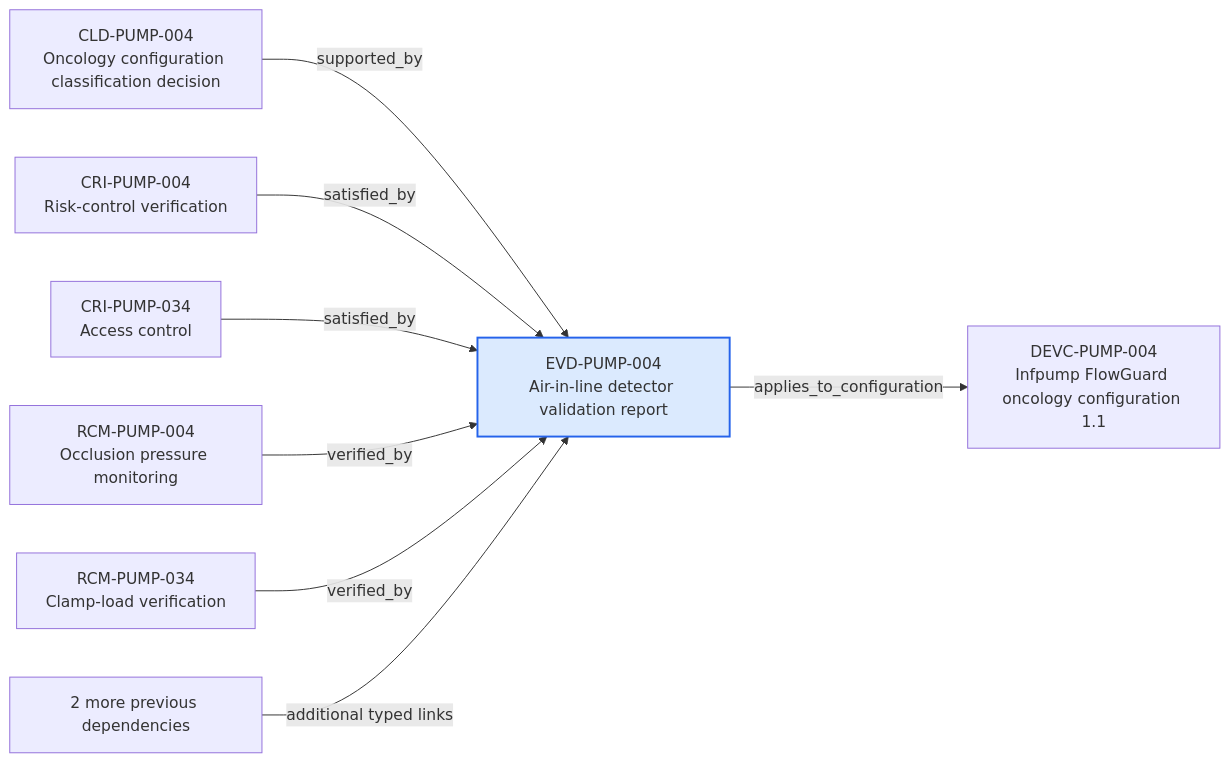
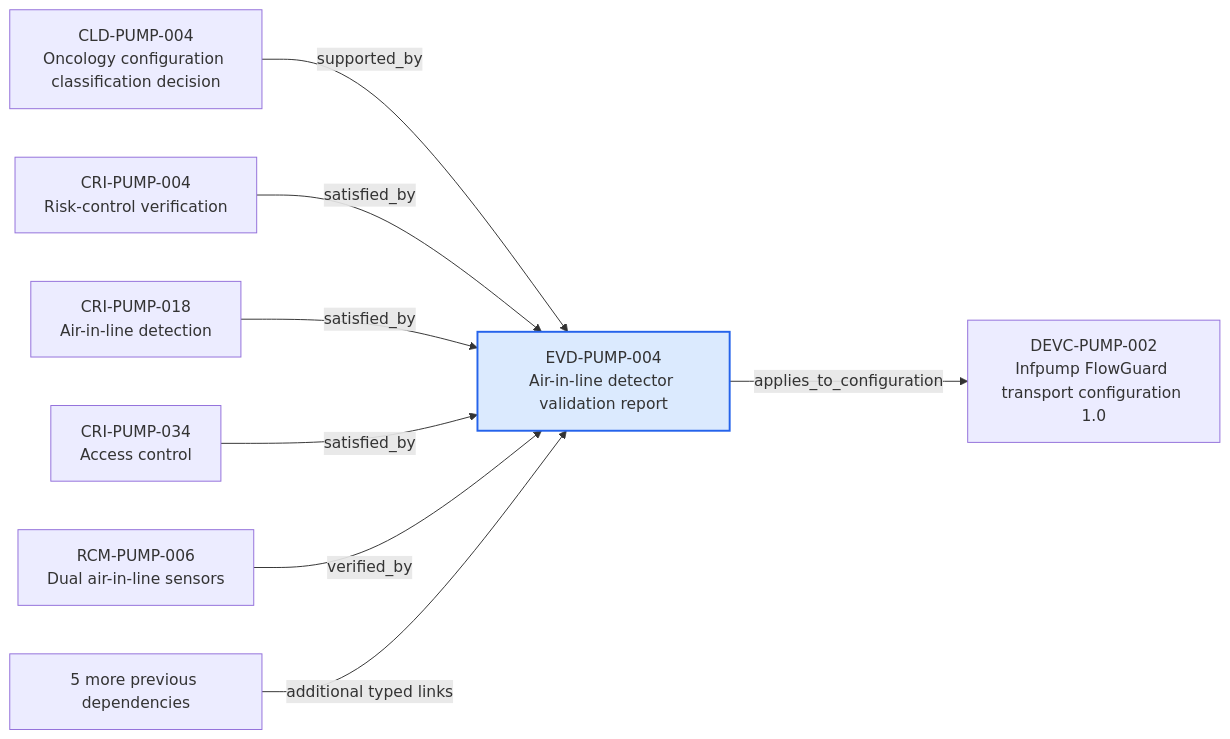
One commit to mvattulainen/mdrontology changed the diagram in content/06-Infpump FlowGuard ontology notes/verification-evidence/EVD-PUMP-004-air-in-line-detector-validation-report.md. Above: the diagram before and after it, drawn with Mermaid. The commit also changed other lines of this file and 321 other files, not shown here.

Commit message:
Implement Mermaid ontology audit findings

````diff
--- a/content/06-Infpump FlowGuard ontology notes/verification-evidence/EVD-PUMP-004-air-in-line-detector-validation-report.md
+++ b/content/06-Infpump FlowGuard ontology notes/verification-evidence/EVD-PUMP-004-air-in-line-detector-validation-report.md
@@ -73,20 +75,20 @@
 ```mermaid
 flowchart LR
   CURRENT["EVD-PUMP-004<br/>Air-in-line detector validation report"]
   PREV0["CLD-PUMP-004<br/>Oncology configuration classification decision"]
   PREV0 -->|"supported_by"| CURRENT
   PREV1["CRI-PUMP-004<br/>Risk-control verification"]
   PREV1 -->|"satisfied_by"| CURRENT
-  PREV2["CRI-PUMP-034<br/>Access control"]
+  PREV2["CRI-PUMP-018<br/>Air-in-line detection"]
   PREV2 -->|"satisfied_by"| CURRENT
-  PREV3["RCM-PUMP-004<br/>Occlusion pressure monitoring"]
-  PREV3 -->|"verified_by"| CURRENT
-  PREV4["RCM-PUMP-034<br/>Clamp-load verification"]
+  PREV3["CRI-PUMP-034<br/>Access control"]
+  PREV3 -->|"satisfied_by"| CURRENT
+  PREV4["RCM-PUMP-006<br/>Dual air-in-line sensors"]
   PREV4 -->|"verified_by"| CURRENT
-  PREV_MORE["2 more previous dependencies"]
+  PREV_MORE["5 more previous dependencies"]
   PREV_MORE -->|"additional typed links"| CURRENT
-  NEXT0["DEVC-PUMP-004<br/>Infpump FlowGuard oncology configuration 1.1"]
+  NEXT0["DEVC-PUMP-002<br/>Infpump FlowGuard transport configuration 1.0"]
   CURRENT -->|"applies_to_configuration"| NEXT0
   classDef current fill:#dbeafe,stroke:#2563eb,stroke-width:2px
   class CURRENT current
 ```
````
